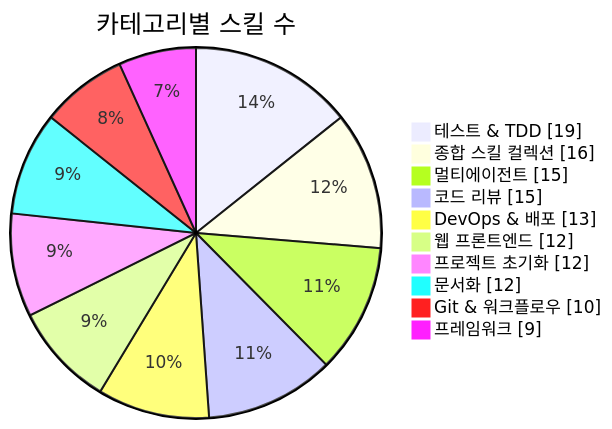
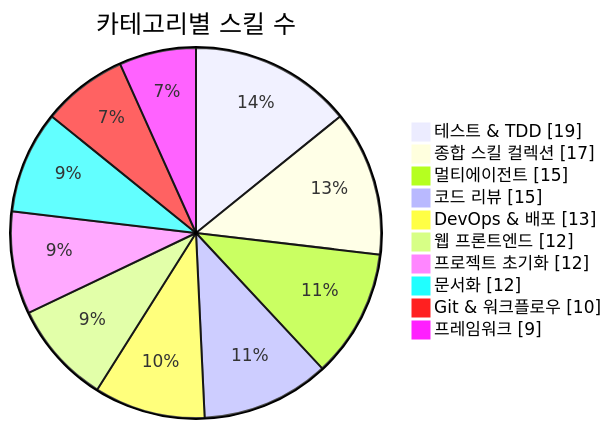
One commit to J-nowcow/awesome-korean-agent-skills changed the first of 3 diagrams in README.md. Above: the diagram before and after it, drawn with Mermaid. The commit also changed other lines of this file and 5 other files, not shown here.

````diff
--- a/README.md
+++ b/README.md
@@ -176,14 +176,14 @@
 ```mermaid
 pie showData
     title 카테고리별 스킬 수
     "테스트 & TDD" : 19
-    "종합 스킬 컬렉션" : 16
+    "종합 스킬 컬렉션" : 17
     "멀티에이전트" : 15
     "코드 리뷰" : 15
     "DevOps & 배포" : 13
     "웹 프론트엔드" : 12
     "프로젝트 초기화" : 12
     "문서화" : 12
     "Git & 워크플로우" : 10
     "프레임워크" : 9
 ```
````
